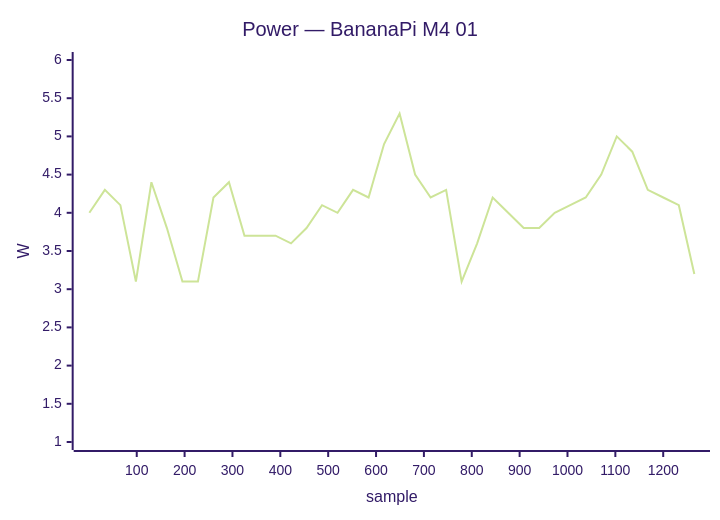
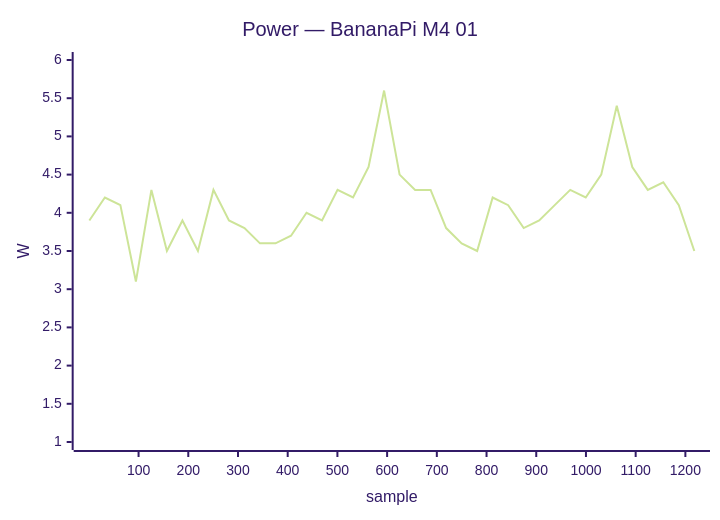
Diagram 15 of 50 in docs/status/board-tests.md (armbian/documentation), drawn with Mermaid (forest theme) before and after one commit. The commit also changed other lines of this file, not shown here.

````diff
--- a/docs/status/board-tests.md
+++ b/docs/status/board-tests.md
@@ -745,7 +804,7 @@
 ```mermaid
 xychart-beta
     title "Power — BananaPi M4 01"
-    x-axis "sample" 1 --> 1265
+    x-axis "sample" 1 --> 1218
     y-axis "W" 1.0 --> 6.0
-    line [4.0, 4.3, 4.1, 3.1, 4.4, 3.8, 3.1, 3.1, 4.2, 4.4, 3.7, 3.7, 3.7, 3.6, 3.8, 4.1, 4.0, 4.3, 4.2, 4.9, 5.3, 4.5, 4.2, 4.3, 3.1, 3.6, 4.2, 4.0, 3.8, 3.8, 4.0, 4.1, 4.2, 4.5, 5.0, 4.8, 4.3, 4.2, 4.1, 3.2]
+    line [3.9, 4.2, 4.1, 3.1, 4.3, 3.5, 3.9, 3.5, 4.3, 3.9, 3.8, 3.6, 3.6, 3.7, 4.0, 3.9, 4.3, 4.2, 4.6, 5.6, 4.5, 4.3, 4.3, 3.8, 3.6, 3.5, 4.2, 4.1, 3.8, 3.9, 4.1, 4.3, 4.2, 4.5, 5.4, 4.6, 4.3, 4.4, 4.1, 3.5]
 ```
````
